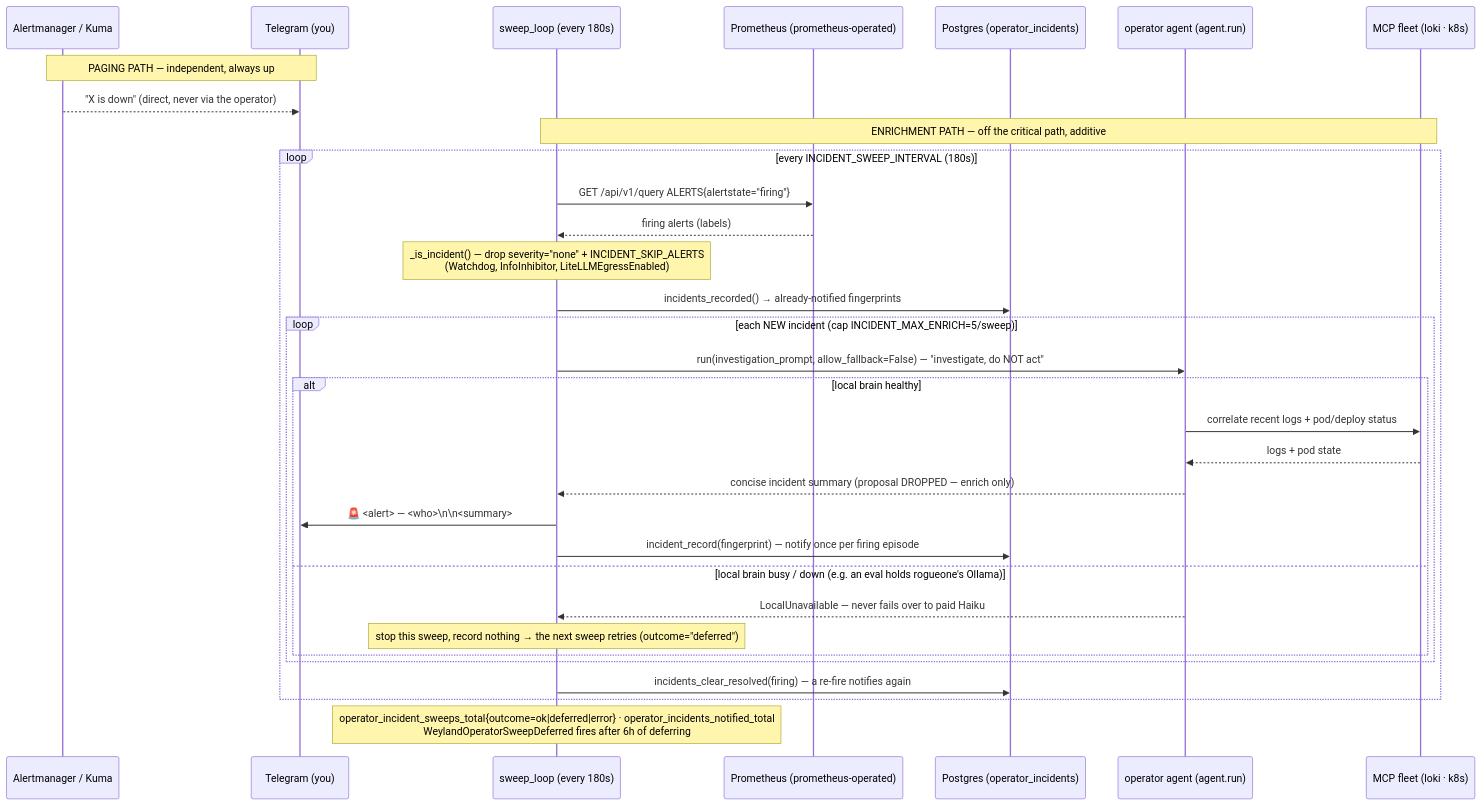
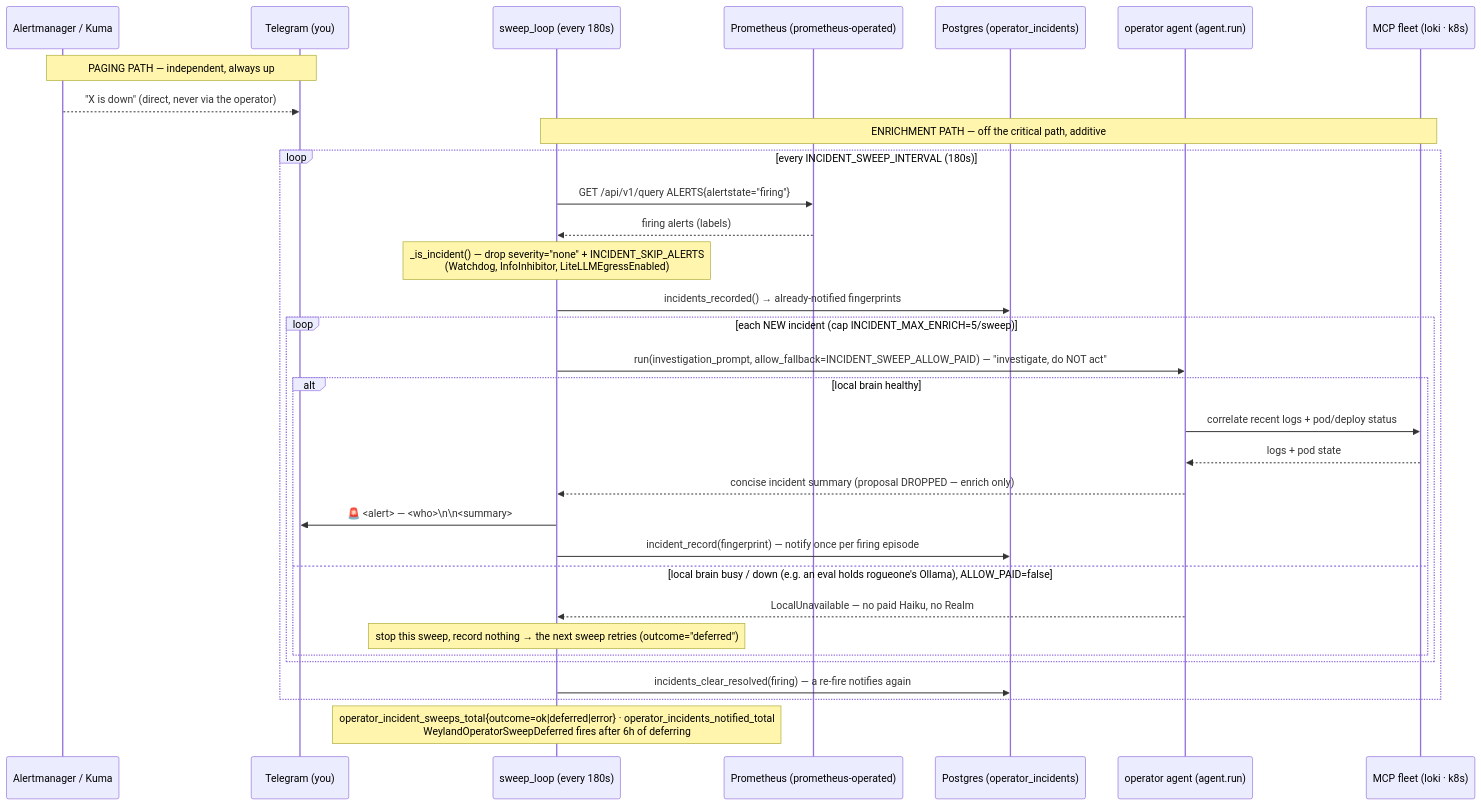
One commit to edtbl76/weyland-lab changed the diagram in docs/diagrams/flow-incident-sweep.md. Above: the diagram before and after it, drawn with Mermaid. The commit also changed other lines of this file and 8 other files, not shown here.

First line of the commit message:
Make incident sweeps cost-aware with toggle for Haiku failover

````diff
--- a/docs/diagrams/flow-incident-sweep.md
+++ b/docs/diagrams/flow-incident-sweep.md
@@ -13,34 +13,34 @@
 ```mermaid
 sequenceDiagram
     participant K as Alertmanager / Kuma
     participant TG as Telegram (you)
     participant W as sweep_loop (every 180s)
     participant P as Prometheus (prometheus-operated)
     participant DB as Postgres (operator_incidents)
     participant A as operator agent (agent.run)
     participant F as MCP fleet (loki · k8s)
     Note over K,TG: PAGING PATH — independent, always up
     K-->>TG: "X is down" (direct, never via the operator)
     Note over W,F: ENRICHMENT PATH — off the critical path, additive
     loop every INCIDENT_SWEEP_INTERVAL (180s)
         W->>P: GET /api/v1/query ALERTS{alertstate="firing"}
         P-->>W: firing alerts (labels)
         Note over W: _is_incident() — drop severity="none" + INCIDENT_SKIP_ALERTS<br/>(Watchdog, InfoInhibitor, LiteLLMEgressEnabled)
         W->>DB: incidents_recorded() → already-notified fingerprints
         loop each NEW incident (cap INCIDENT_MAX_ENRICH=5/sweep)
-            W->>A: run(investigation_prompt, allow_fallback=False) — "investigate, do NOT act"
+            W->>A: run(investigation_prompt, allow_fallback=INCIDENT_SWEEP_ALLOW_PAID) — "investigate, do NOT act"
             alt local brain healthy
                 A->>F: correlate recent logs + pod/deploy status
                 F-->>A: logs + pod state
                 A-->>W: concise incident summary (proposal DROPPED — enrich only)
                 W->>TG: 🚨 <alert> — <who>\n\n<summary>
                 W->>DB: incident_record(fingerprint) — notify once per firing episode
-            else local brain busy / down (e.g. an eval holds rogueone's Ollama)
-                A-->>W: LocalUnavailable — never fails over to paid Haiku
+            else local brain busy / down (e.g. an eval holds rogueone's Ollama), ALLOW_PAID=false
+                A-->>W: LocalUnavailable — no paid Haiku, no Realm
                 Note over W: stop this sweep, record nothing → the next sweep retries (outcome="deferred")
             end
         end
         W->>DB: incidents_clear_resolved(firing) — a re-fire notifies again
     end
     Note over W: operator_incident_sweeps_total{outcome=ok|deferred|error} · operator_incidents_notified_total<br/>WeylandOperatorSweepDeferred fires after 6h of deferring
 ```
````
